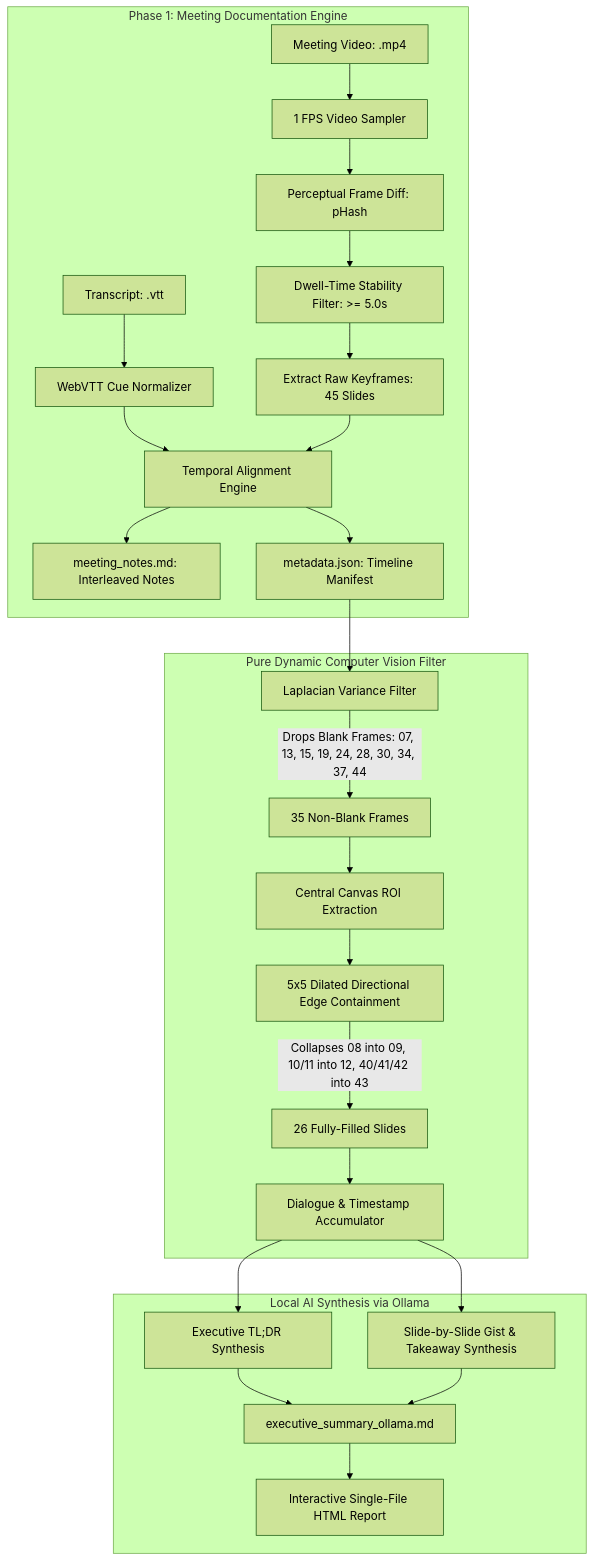
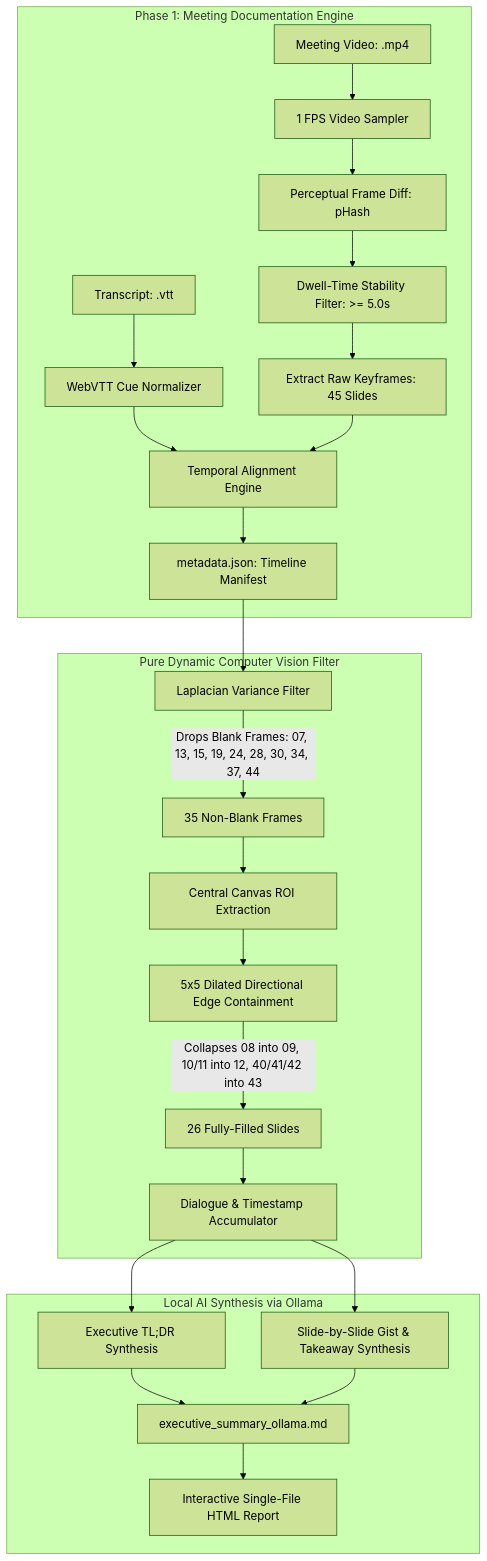
The first of 2 diagrams in Development_History_&_Technical_Documentation.md (db9652/meeting-documentation-engine), drawn with Mermaid (forest theme) before and after one commit. The commit also changed other lines of this file and 2 other files, not shown here.

Commit message:
Remove redundant meeting_notes.md artifact from repository and documentation

````diff
--- a/Development_History_&_Technical_Documentation.md
+++ b/Development_History_&_Technical_Documentation.md
@@ -26,31 +26,30 @@
 ```mermaid
 flowchart TD
     subgraph Phase 1: Meeting Documentation Engine
         A[Meeting Video: .mp4] --> B[1 FPS Video Sampler]
         C[Transcript: .vtt] --> D[WebVTT Cue Normalizer]
         B --> E[Perceptual Frame Diff: pHash]
         E --> F[Dwell-Time Stability Filter: >= 5.0s]
         F --> G[Extract Raw Keyframes: 45 Slides]
         D --> H[Temporal Alignment Engine]
         G --> H
-        H --> I[meeting_notes.md: Interleaved Notes]
         H --> J[metadata.json: Timeline Manifest]
     end
 
     subgraph Pure Dynamic Computer Vision Filter
         J --> K[Laplacian Variance Filter]
         K -->|Drops Blank Frames: 07, 13, 15, 19, 24, 28, 30, 34, 37, 44| L[35 Non-Blank Frames]
         L --> M[Central Canvas ROI Extraction]
         M --> N[5x5 Dilated Directional Edge Containment]
         N -->|Collapses 08 into 09, 10/11 into 12, 40/41/42 into 43| O[26 Fully-Filled Slides]
         O --> P[Dialogue & Timestamp Accumulator]
     end
 
     subgraph Local AI Synthesis via Ollama
         P --> Q[Executive TL;DR Synthesis]
         P --> R[Slide-by-Slide Gist & Takeaway Synthesis]
         Q --> S[executive_summary_ollama.md]
         R --> S
         S --> T[Interactive Single-File HTML Report]
     end
 ```
````
